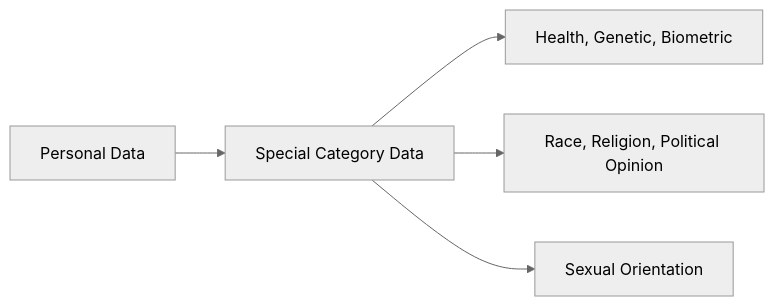
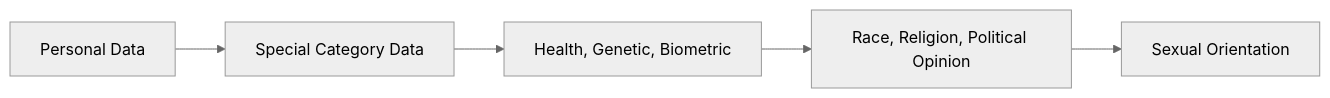
One commit to thomgiles/DSDSP changed the second of 5 diagrams in training_site/essential_digital_skills/episodes/03-data_governance_and_policy.qmd. Above: the diagram before and after it, drawn with Mermaid (neutral theme). The commit also changed other lines of this file and 1 other file, not shown here.

````diff
--- a/training_site/essential_digital_skills/episodes/03-data_governance_and_policy.qmd
+++ b/training_site/essential_digital_skills/episodes/03-data_governance_and_policy.qmd
@@ -98,7 +115,10 @@
 ```{mermaid}
 flowchart LR
-    A[Personal Data] --> B[Special Category Data]
-    B --> C[Health, Genetic, Biometric]
-    B --> D[Race, Religion, Political Opinion]
-    B --> E[Sexual Orientation]
+    A[Personal Data]
+    B[Special Category Data]
+    C[Health, Genetic, Biometric]
+    D[Race, Religion, Political Opinion]
+    E[Sexual Orientation]
+
+    A --> B --> C --> D --> E
 ```
````
